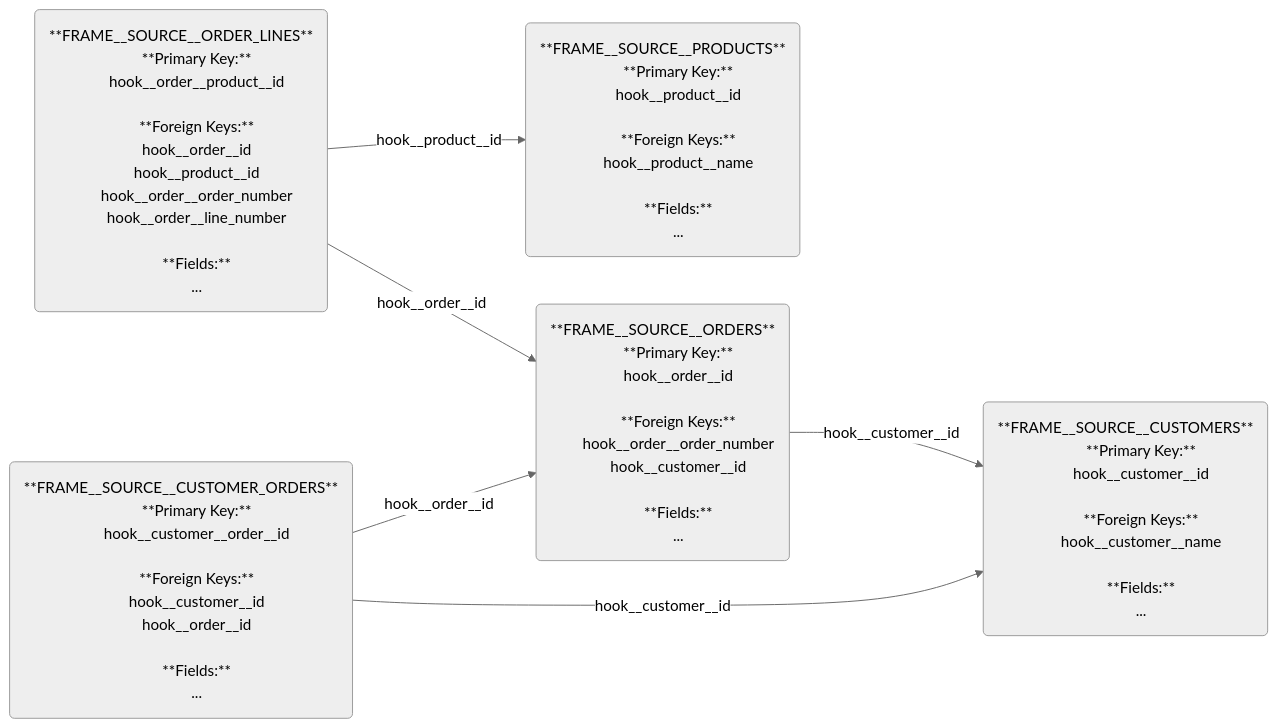
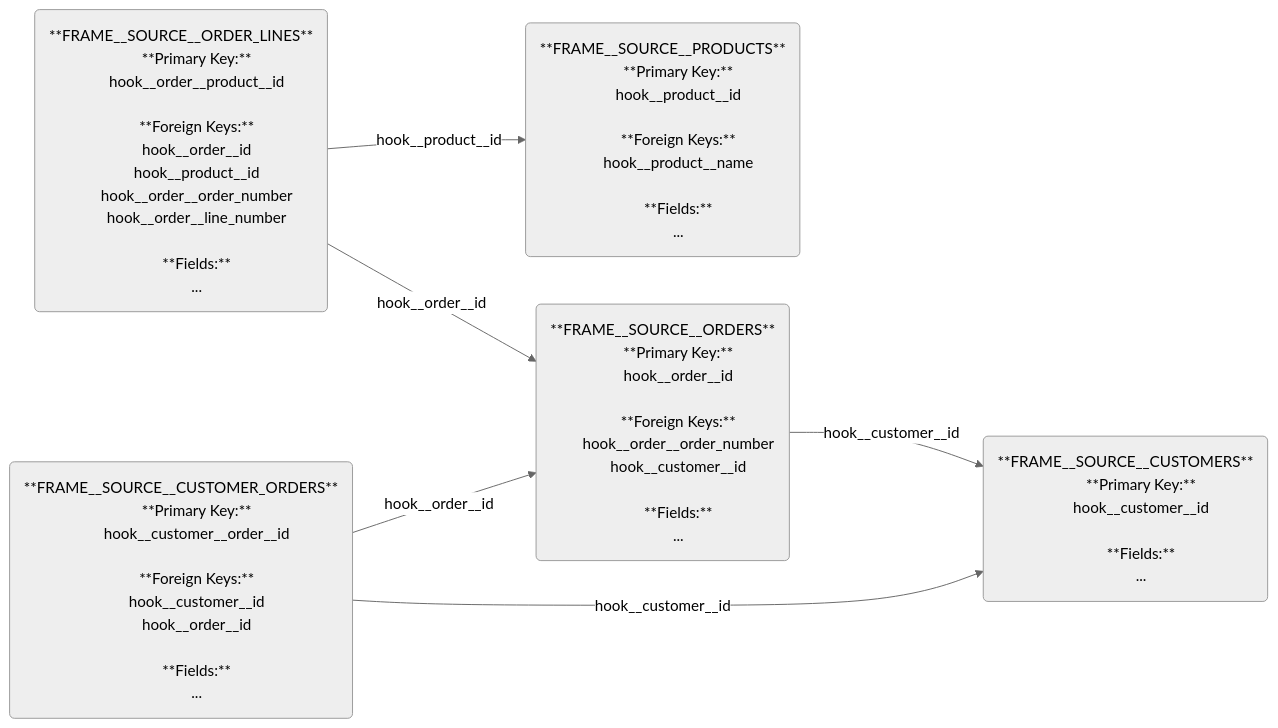
Before and after one commit to mattiasthalen/hook-forge: the first of 2 diagrams in test/fixtures/documentation.md, drawn with Mermaid (neutral theme). The commit also changed 5 other files, not shown here.

Commit message:
Don't add foreign keys to docs if there are none

````diff
--- a/test/fixtures/documentation.md
+++ b/test/fixtures/documentation.md
@@ -4,77 +4,74 @@
 ```mermaid
 flowchart LR
     %% Entities
     frame__source__products("
         **FRAME__SOURCE__PRODUCTS**
         **Primary Key:**
         hook__product__id
         &nbsp;
         **Foreign Keys:**
         hook__product__name
         &nbsp;
         **Fields:**
         ...
     ")
 
     frame__source__customers("
         **FRAME__SOURCE__CUSTOMERS**
         **Primary Key:**
         hook__customer__id
-        &nbsp;
-        **Foreign Keys:**
-        hook__customer__name
         &nbsp;
         **Fields:**
         ...
     ")
 
     frame__source__orders("
         **FRAME__SOURCE__ORDERS**
         **Primary Key:**
         hook__order__id
         &nbsp;
         **Foreign Keys:**
         hook__order__order_number
         hook__customer__id
         &nbsp;
         **Fields:**
         ...
     ")
 
     frame__source__order_lines("
         **FRAME__SOURCE__ORDER_LINES**
         **Primary Key:**
         hook__order__product__id
         &nbsp;
         **Foreign Keys:**
         hook__order__id
         hook__product__id
         hook__order__order_number
         hook__order__line_number
         &nbsp;
         **Fields:**
         ...
     ")
 
     frame__source__customer_orders("
         **FRAME__SOURCE__CUSTOMER_ORDERS**
         **Primary Key:**
         hook__customer__order__id
         &nbsp;
         **Foreign Keys:**
         hook__customer__id
         hook__order__id
         &nbsp;
         **Fields:**
         ...
     ")
 
     %% Relations
     frame__source__orders -- hook__customer__id --> frame__source__customers
 
     frame__source__order_lines -- hook__order__id --> frame__source__orders
     frame__source__order_lines -- hook__product__id --> frame__source__products
 
     frame__source__customer_orders -- hook__customer__id --> frame__source__customers
     frame__source__customer_orders -- hook__order__id --> frame__source__orders
 ```
````
